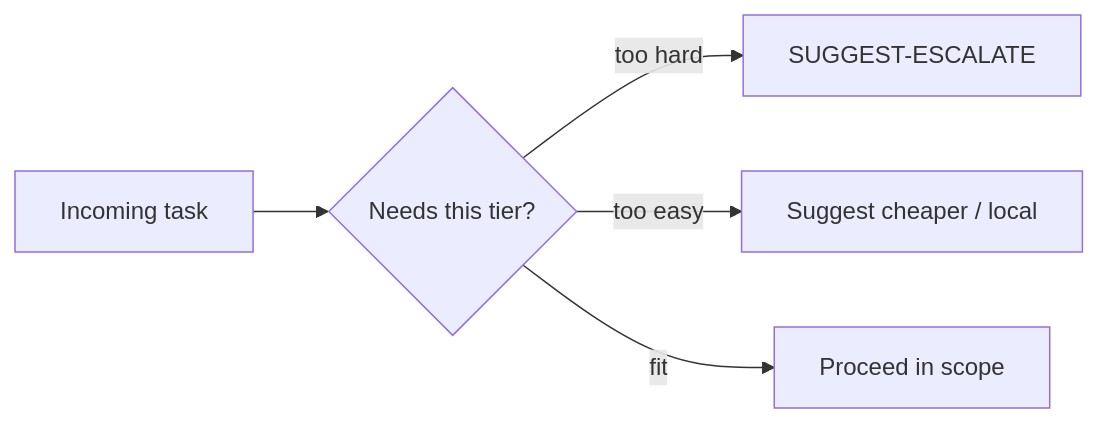
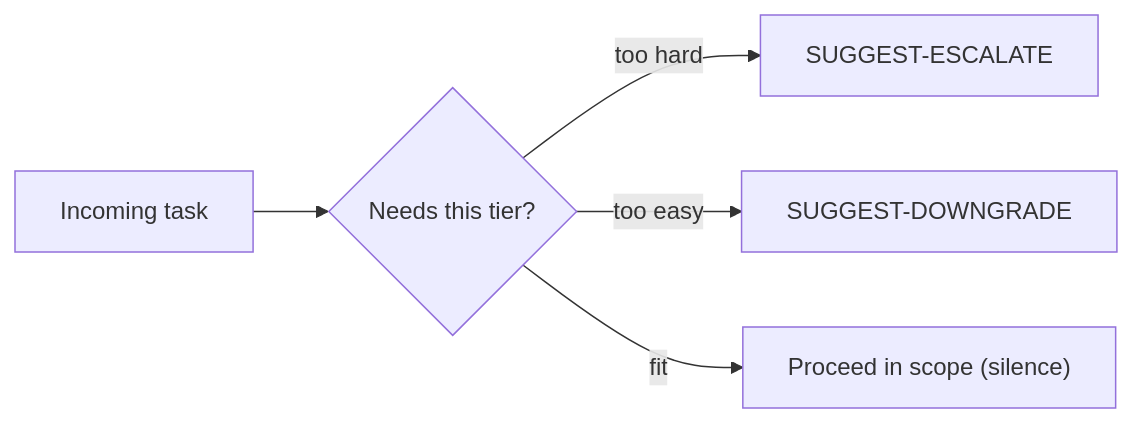
The fourth of 5 diagrams in docs/docs/doctrine.md (carefreeinv/anchor), drawn with Mermaid before and after one commit. The commit also changed other lines of this file and 17 other files, not shown here.

First line of the commit message:
Add bidirectional model fit with SUGGEST-DOWNGRADE

````diff
--- a/docs/docs/doctrine.md
+++ b/docs/docs/doctrine.md
@@ -105,13 +105,13 @@
 ```mermaid
 flowchart LR
   task["Incoming task"]
   size{"Needs this tier?"}
-  down["Suggest cheaper / local"]
+  down["SUGGEST-DOWNGRADE"]
   up["SUGGEST-ESCALATE"]
-  go["Proceed in scope"]
+  go["Proceed in scope (silence)"]
 
   task --> size
   size -->|"too hard"| up
   size -->|"too easy"| down
   size -->|"fit"| go
 ```
````
